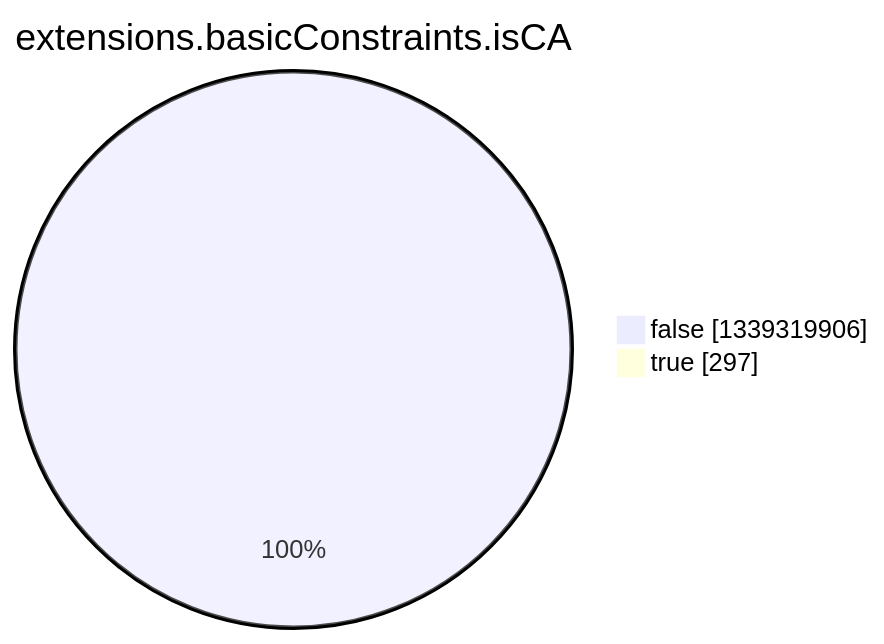
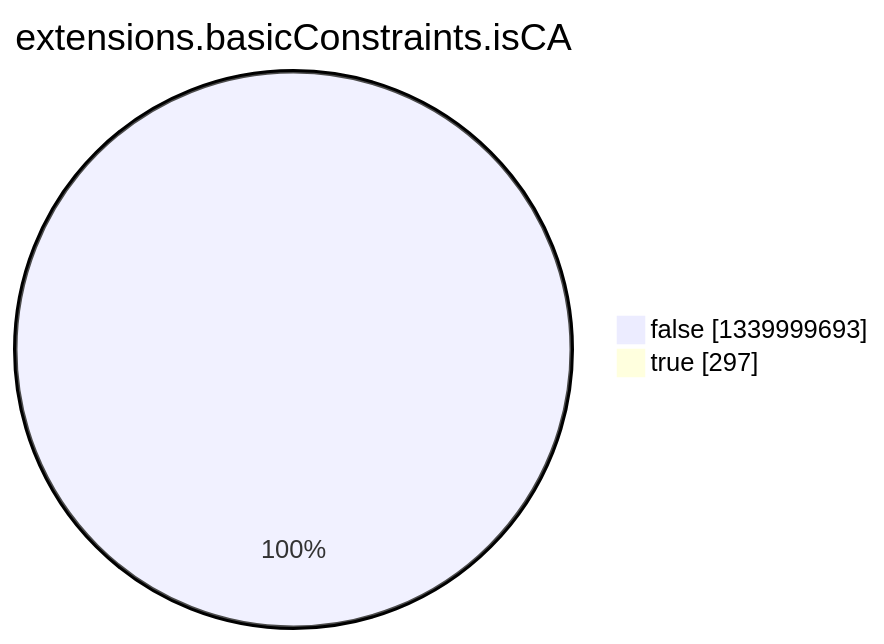
The eighth of 15 diagrams in argon2022/README.md (christiankrug/ctmonitor_visualization), drawn with Mermaid before and after one commit. The commit also changed other lines of this file, not shown here.

````diff
--- a/argon2022/README.md
+++ b/argon2022/README.md
@@ -2758,6 +2758,6 @@
 ```mermaid
 pie showData
 title extensions.basicConstraints.isCA
-"false" :1339319906
+"false" :1339999693
 "true" :297
 ```
````
